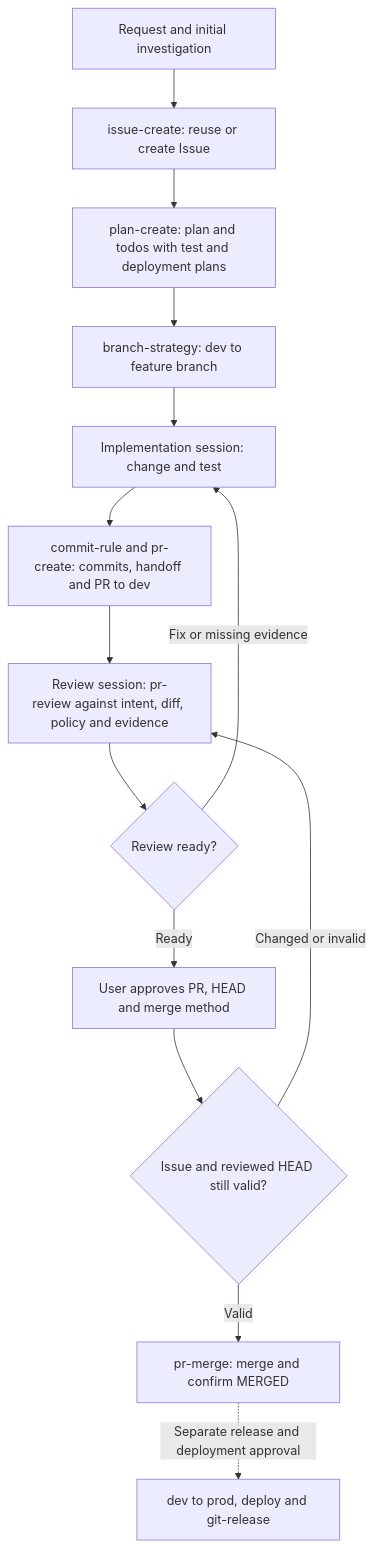
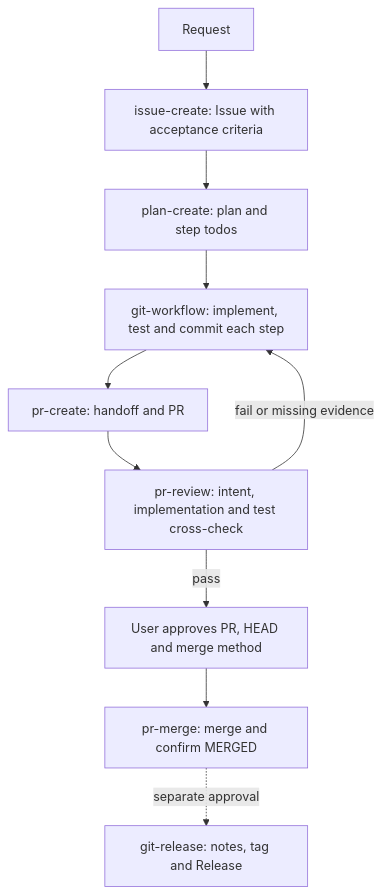
The diagram in README.md (insung/git-workflow), drawn with Mermaid before and after one commit. The commit also changed other lines of this file and 2 other files, not shown here.

````diff
--- a/README.md
+++ b/README.md
@@ -77,16 +20,12 @@
 ```mermaid
 flowchart TD
-    A[Request and initial investigation] --> B[issue-create: reuse or create Issue]
-    B --> C[plan-create: plan and todos with test and deployment plans]
-    C --> D[branch-strategy: dev to feature branch]
-    D --> E[Implementation session: change and test]
-    E --> F[commit-rule and pr-create: commits, handoff and PR to dev]
-    F --> G[Review session: pr-review against intent, diff, policy and evidence]
-    G --> H{Review ready?}
-    H -->|Fix or missing evidence| E
-    H -->|Ready| I[User approves PR, HEAD and merge method]
-    I --> J{Issue and reviewed HEAD still valid?}
-    J -->|Changed or invalid| G
-    J -->|Valid| K[pr-merge: merge and confirm MERGED]
-    K -. Separate release and deployment approval .-> L[dev to prod, deploy and git-release]
+    A[Request] --> B[issue-create: Issue with acceptance criteria]
+    B --> C[plan-create: plan and step todos]
+    C --> D[git-workflow: implement, test and commit each step]
+    D --> E[pr-create: handoff and PR]
+    E --> F[pr-review: intent, implementation and test cross-check]
+    F -->|fail or missing evidence| D
+    F -->|pass| G[User approves PR, HEAD and merge method]
+    G --> H[pr-merge: merge and confirm MERGED]
+    H -. separate approval .-> I[git-release: notes, tag and Release]
 ```
````
